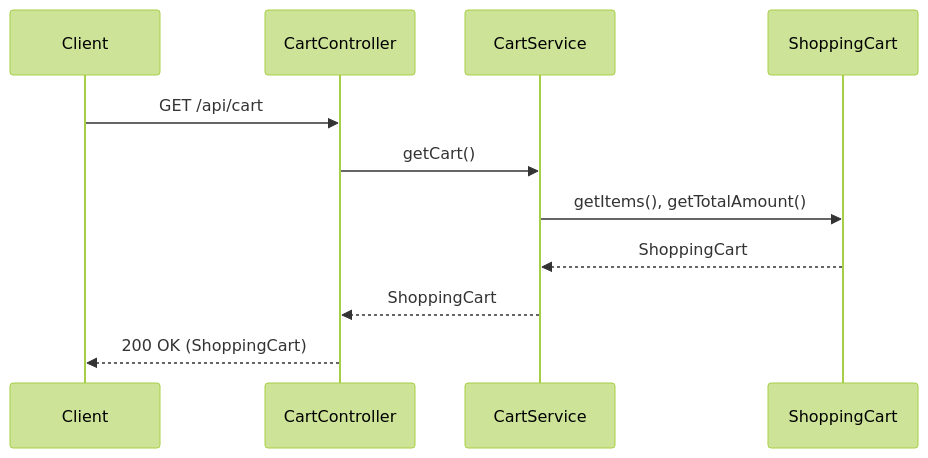
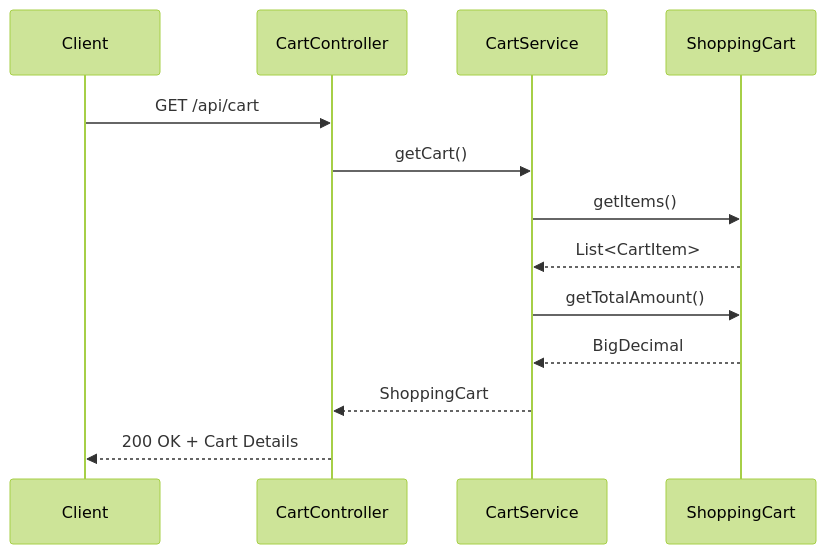
Before and after one commit to NavneetBN47/aava-ecom-demo: diagram 11 of 13 in docs/LLD/lld.md, drawn with Mermaid (forest theme). The commit also changed other lines of this file, not shown here.

````diff
--- a/docs/LLD/lld.md
+++ b/docs/LLD/lld.md
@@ -429,14 +494,16 @@
 ```mermaid
 sequenceDiagram
     participant Client
     participant CartController
     participant CartService
     participant ShoppingCart
 
     Client->>CartController: GET /api/cart
     CartController->>CartService: getCart()
-    CartService->>ShoppingCart: getItems(), getTotalAmount()
-    ShoppingCart-->>CartService: ShoppingCart
+    CartService->>ShoppingCart: getItems()
+    ShoppingCart-->>CartService: List<CartItem>
+    CartService->>ShoppingCart: getTotalAmount()
+    ShoppingCart-->>CartService: BigDecimal
     CartService-->>CartController: ShoppingCart
-    CartController-->>Client: 200 OK (ShoppingCart)
+    CartController-->>Client: 200 OK + Cart Details
 ```
````
